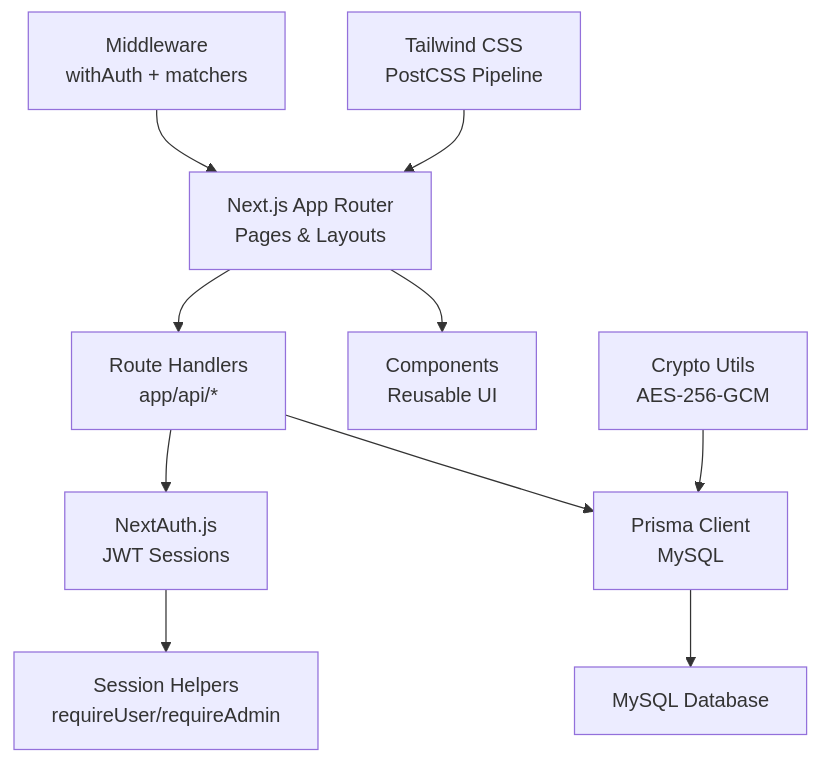
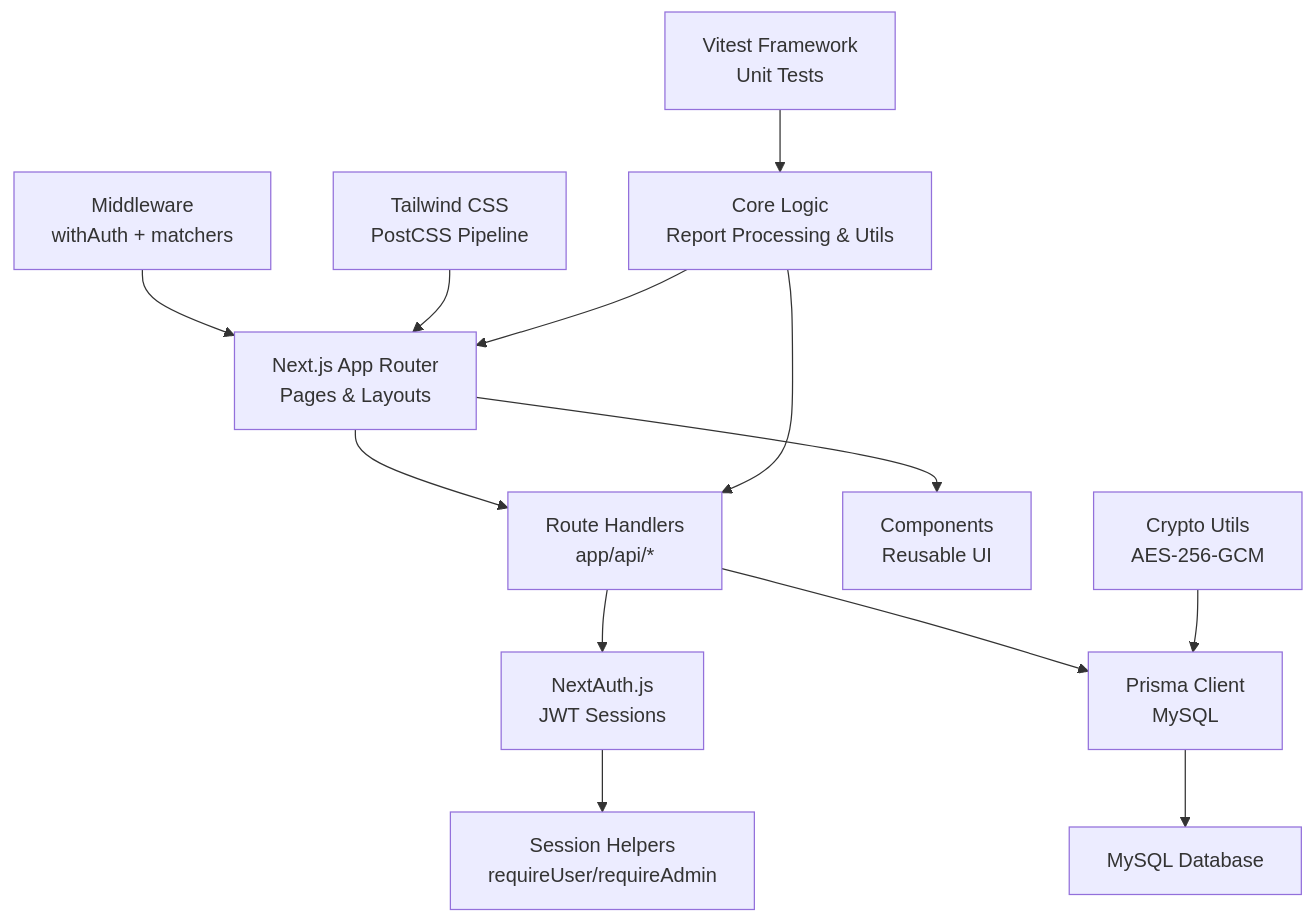
Before and after one commit to jrj444/git-daily: the second of 8 diagrams in .qoder/repowiki/en/content/Development Guidelines.md, drawn with Mermaid. The commit also changed other lines of this file and 6 other files, not shown here.

````diff
--- a/.qoder/repowiki/en/content/Development Guidelines.md
+++ b/.qoder/repowiki/en/content/Development Guidelines.md
@@ -139,12 +177,15 @@
 ```mermaid
 graph TB
 FE["Next.js App Router<br/>Pages & Layouts"] --> RH["Route Handlers<br/>app/api/*"]
 FE --> UI["Components<br/>Reusable UI"]
 RH --> AUTH["NextAuth.js<br/>JWT Sessions"]
 RH --> PRISMA["Prisma Client<br/>MySQL"]
 PRISMA --> DB["MySQL Database"]
 AUTH --> SESS["Session Helpers<br/>requireUser/requireAdmin"]
 SEC["Crypto Utils<br/>AES-256-GCM"] --> PRISMA
 MW["Middleware<br/>withAuth + matchers"] --> FE
 STYLE["Tailwind CSS<br/>PostCSS Pipeline"] --> FE
+TEST["Vitest Framework<br/>Unit Tests"] --> CORE["Core Logic<br/>Report Processing & Utils"]
+CORE --> FE
+CORE --> RH
 ```
````
